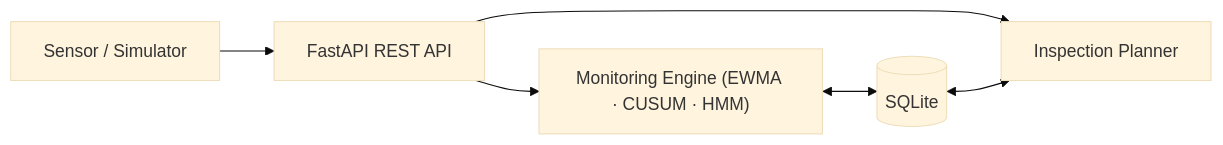
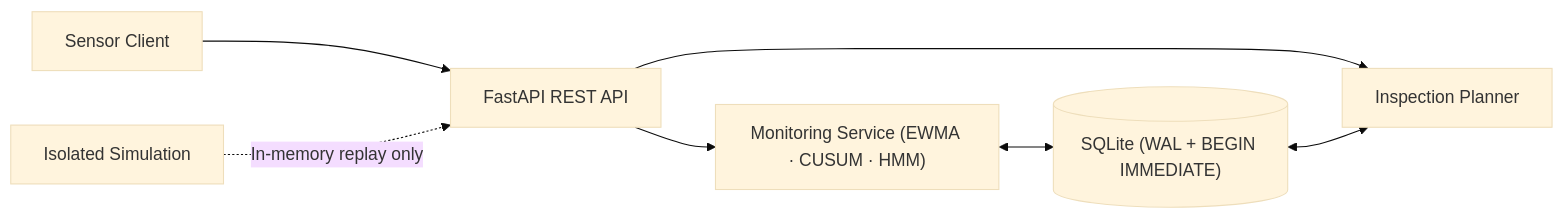
One commit to aryanhood/thermal-sentinel changed the diagram in README.md. Above: the diagram before and after it, drawn with Mermaid (base theme). The commit also changed other lines of this file and 23 other files, not shown here.

Commit message:
Harden sensor binding, idempotent retries, timestamp guards, SQLite constraints, isolated replay, and frontend state

````diff
--- a/README.md
+++ b/README.md
@@ -19,8 +19,9 @@
 ```mermaid
 flowchart LR
-    S["Sensor / Simulator"] --> API["FastAPI REST API"]
-    API --> MON["Monitoring Engine (EWMA · CUSUM · HMM)"]
-    MON <--> DB[("SQLite")]
+    S["Sensor Client"] --> API["FastAPI REST API"]
+    API --> MON["Monitoring Service (EWMA · CUSUM · HMM)"]
+    MON <--> DB[("SQLite (WAL + BEGIN IMMEDIATE)")]
     API --> PLAN["Inspection Planner"]
     DB <--> PLAN
+    SIM["Isolated Simulation"] -.->|"In-memory replay only"| API
 ```
````
